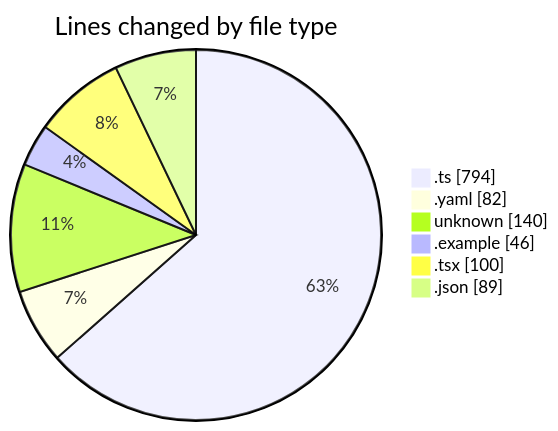
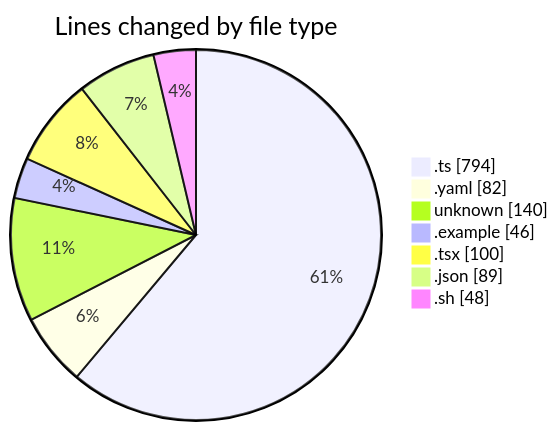
One commit to mevix1/code-tracking changed the first of 2 diagrams in 2025-10-01/open-health/README.md. Above: the diagram before and after it, drawn with Mermaid. The commit also changed other lines of this file and 1 other file, not shown here.

````diff
--- a/2025-10-01/open-health/README.md
+++ b/2025-10-01/open-health/README.md
@@ -31,10 +32,11 @@
 ```mermaid
 pie showData
 title Lines changed by file type
 ".ts" : 794
 ".yaml" : 82
 "unknown" : 140
 ".example" : 46
 ".tsx" : 100
 ".json" : 89
+".sh" : 48
 ```
````
